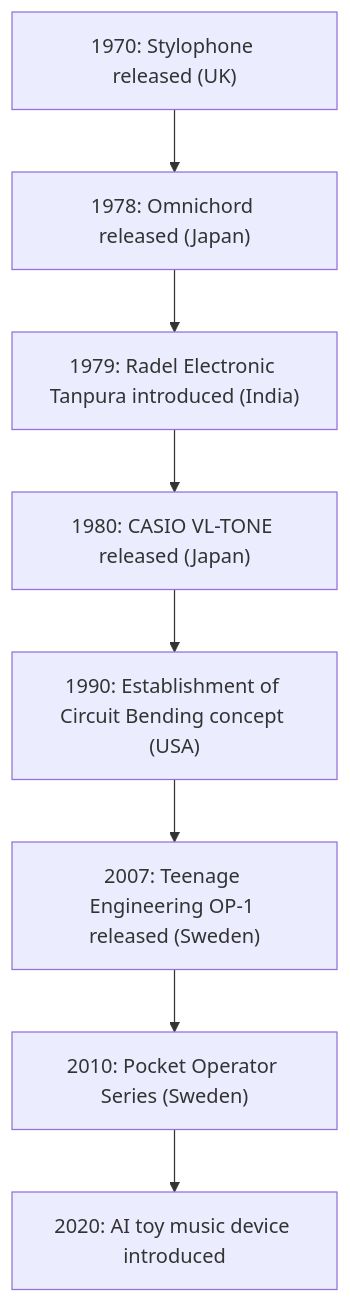
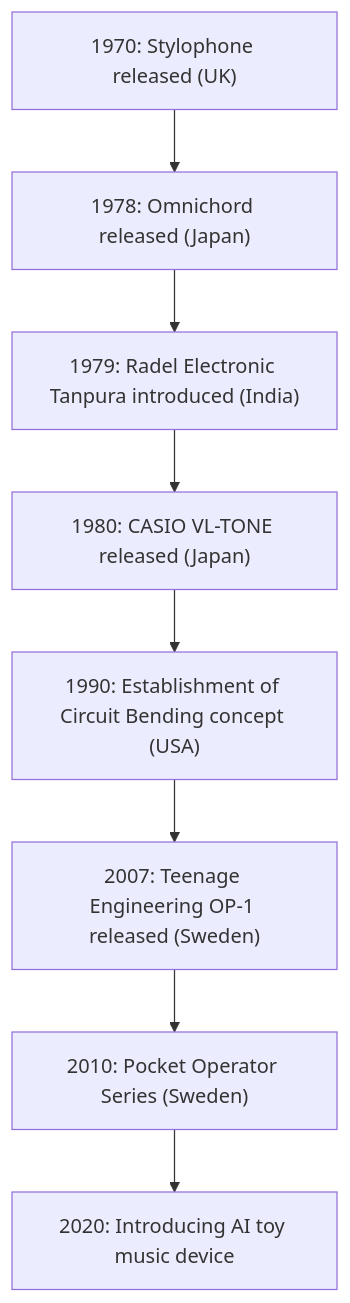
The diagram in en/_posts/2025-10-12-Column-Strange-Musical-Toys.md (monumental-movement/monumental-movement.github.io), drawn with Mermaid before and after one commit. The commit also changed other lines of this file and 375 other files, not shown here.

```diff
--- a/en/_posts/2025-10-12-Column-Strange-Musical-Toys.md
+++ b/en/_posts/2025-10-12-Column-Strange-Musical-Toys.md
@@ -211,16 +211,16 @@
 <div class="mermaid">
 
 flowchart TD
 
     A1970["1970: Stylophone released (UK)"]
     B1978["1978: Omnichord released (Japan)"]
     C1979["1979: Radel Electronic Tanpura introduced (India)"]
     D1980["1980: CASIO VL-TONE released (Japan)"]
     E1990["1990: Establishment of Circuit Bending concept (USA)"]
     F2007["2007: Teenage Engineering OP-1 released (Sweden)"]
     G2010["2010: Pocket Operator Series (Sweden)"]
-    H2020["2020: AI toy music device introduced"]
+    H2020["2020: Introducing AI toy music device"]
     
     A1970 --> B1978 --> C1979 --> D1980 --> E1990 --> F2007 --> G2010 --> H2020
 
 </div>
```
